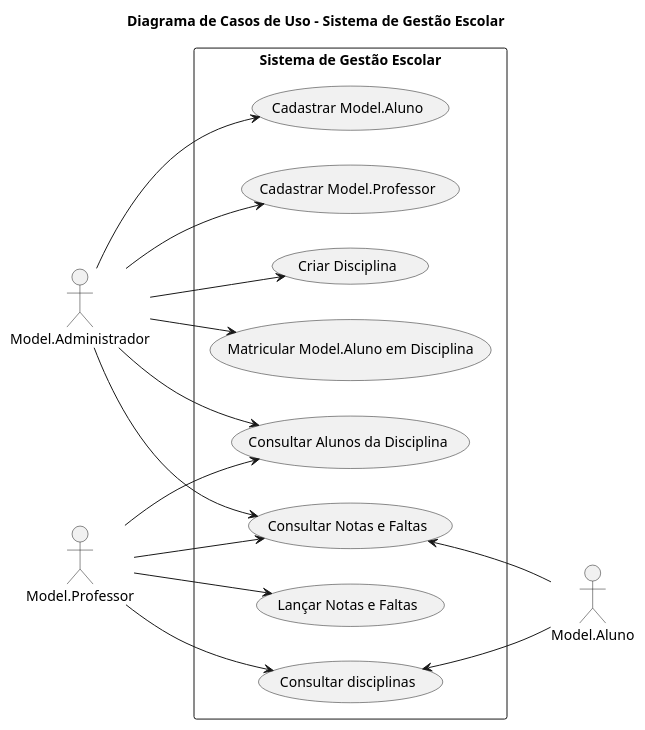
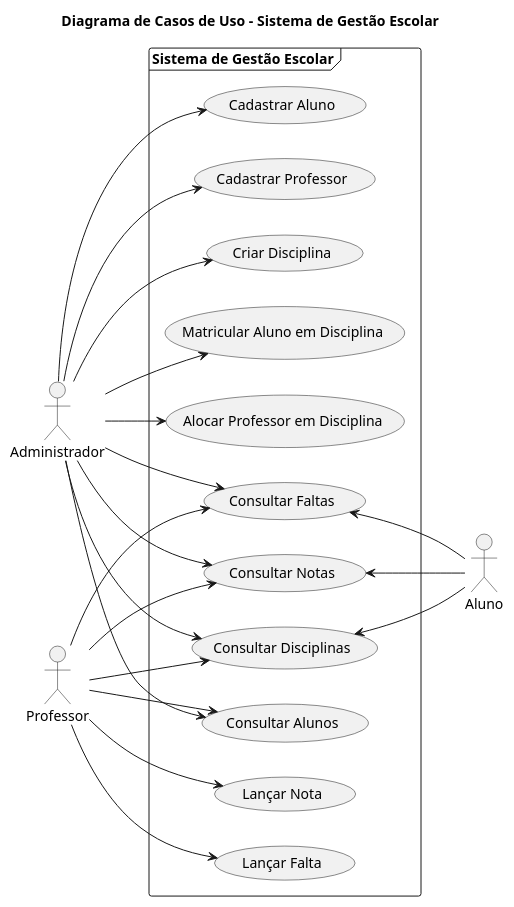
One commit to joaovitor-9/Sistema-de-Gestao-Escolar changed the diagram in diagrama-casos-de-uso.puml. Above: the diagram before and after it, drawn with PlantUML.

```diff
--- a/diagrama-casos-de-uso.puml
+++ b/diagrama-casos-de-uso.puml
@@ -1,51 +1,56 @@
 @startuml
+
 ' Título do Diagrama
 title Diagrama de Casos de Uso - Sistema de Gestão Escolar
 
 ' Layout da esquerda para a direita
 left to right direction
 
 ' Definição dos Atores
-actor Model.Administrador
-actor Model.Professor
-actor Model.Aluno
+actor Administrador
+actor Professor
+actor Aluno
 
-' Delimitação do Sistema com um retângulo
-rectangle "Sistema de Gestão Escolar" {
-  ' Casos de Uso do Model.Administrador
-  (Cadastrar Model.Aluno) as UC1
-  (Cadastrar Model.Professor) as UC2
-  (Criar Disciplina) as UC3
-  (Matricular Model.Aluno em Disciplina) as UC4
+' Delimitação do Sistema
+frame "Sistema de Gestão Escolar" {
 
-  ' Caso de Uso do Model.Professor
-  (Lançar Notas e Faltas) as UC5
-
-  ' Caso de Uso Compartilhado
-  (Consultar Alunos da Disciplina) as UC6
-  (Consultar Notas e Faltas) as UC7
-  (Consultar disciplinas) as UC8
+usecase "Cadastrar Aluno" as UC1
+usecase "Cadastrar Professor" as UC2
+usecase "Criar Disciplina" as UC3
+usecase "Matricular Aluno em Disciplina" as UC4
+usecase "Alocar Professor em Disciplina" as UC5
+usecase "Consultar Alunos" as UC6
+usecase "Consultar Notas" as UC7
+usecase "Consultar Faltas" as UC8
+usecase "Lançar Nota" as UC9
+usecase "Lançar Falta" as UC10
+usecase "Consultar Disciplinas" as UC11
 }
 
-' Relacionamentos do Model.Administrador com os Casos de Uso
-Model.Administrador --> UC1
-Model.Administrador --> UC2
-Model.Administrador --> UC3
-Model.Administrador --> UC4
+' Relacionamentos do Administrador com os Casos de Uso
+Administrador --> UC1
+Administrador --> UC2
+Administrador --> UC3
+Administrador --> UC4
+Administrador --> UC5
 
-' Relacionamento do Model.Professor com os Casos de Uso
-Model.Professor --> UC5
+' Relacionamento do Professor com os Casos de Uso
+Professor --> UC9
+Professor --> UC10
 
 ' Ambos os atores podem realizar a consulta
-Model.Administrador --> UC6
-Model.Professor --> UC6
+Administrador --> UC6
+Professor --> UC6
 
 ' Todos os atores podem realizar a consulta
-Model.Administrador --> UC7
-Model.Professor --> UC7
-UC7 <-- Model.Aluno
+Administrador --> UC7
+Professor --> UC7
+UC7 <-- Aluno
+Administrador --> UC8
+Professor --> UC8
+UC8 <-- Aluno
+Administrador --> UC11
+Professor --> UC11
+UC11 <-- Aluno
 
-' Ambos os atores podem realizar a consulta
-Model.Professor --> UC8
-UC8 <-- Model.Aluno
 @enduml
```
